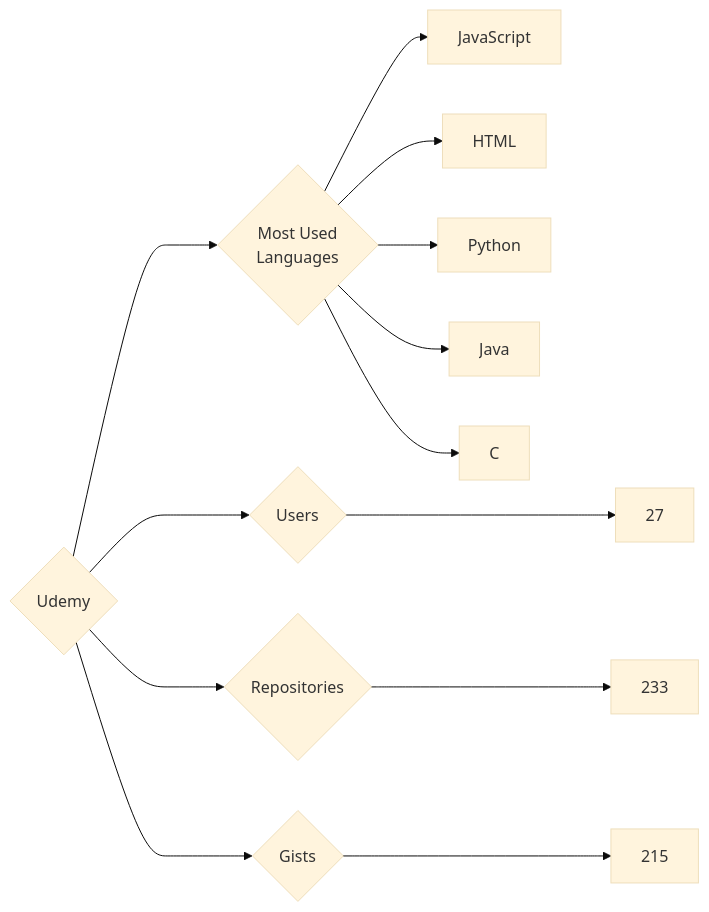
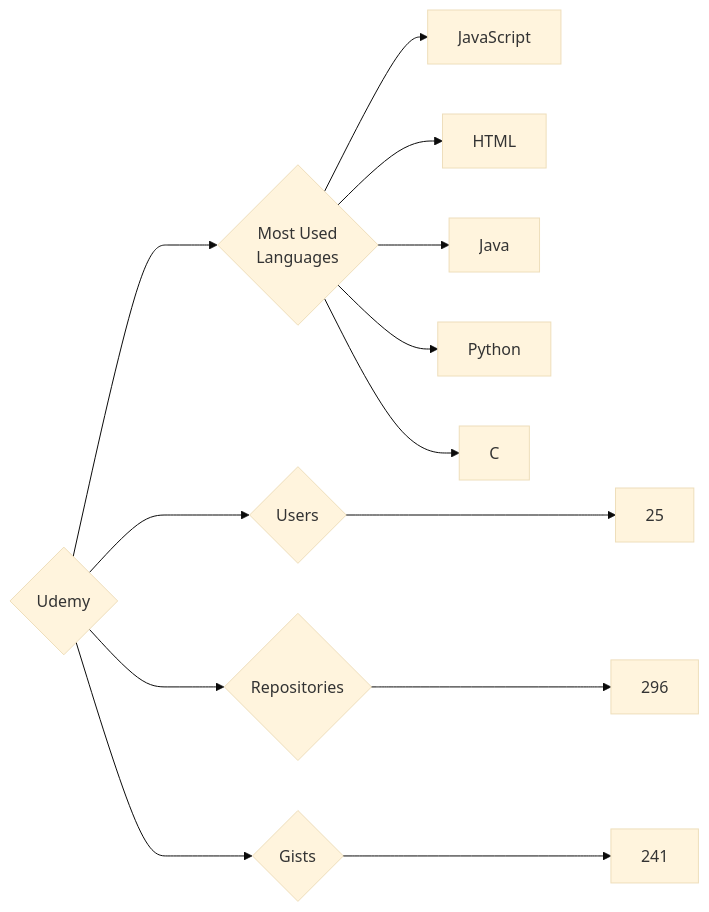
Before and after one commit to trickest/insiders: the diagram in targets/Udemy/README.md, drawn with Mermaid (base theme). The commit also changed 972 other files, not shown here.

````diff
--- a/targets/Udemy/README.md
+++ b/targets/Udemy/README.md
@@ -3,13 +3,13 @@
 ```mermaid
 graph LR
 COMPANY_NAME{Udemy}
-COMPANY_NAME ---> U{Users} ---> UN[27]
-COMPANY_NAME ---> R{Repositories} ---> RN[233]
-COMPANY_NAME ---> G{Gists} ---> GN[215]
+COMPANY_NAME ---> U{Users} ---> UN[25]
+COMPANY_NAME ---> R{Repositories} ---> RN[296]
+COMPANY_NAME ---> G{Gists} ---> GN[241]
 COMPANY_NAME ---> ML{Most Used<br>Languages}
 ML --> JavaScript[JavaScript]
 ML --> HTML[HTML]
+ML --> Java[Java]
 ML --> Python[Python]
-ML --> Java[Java]
 ML --> C[C]
 ```
````
